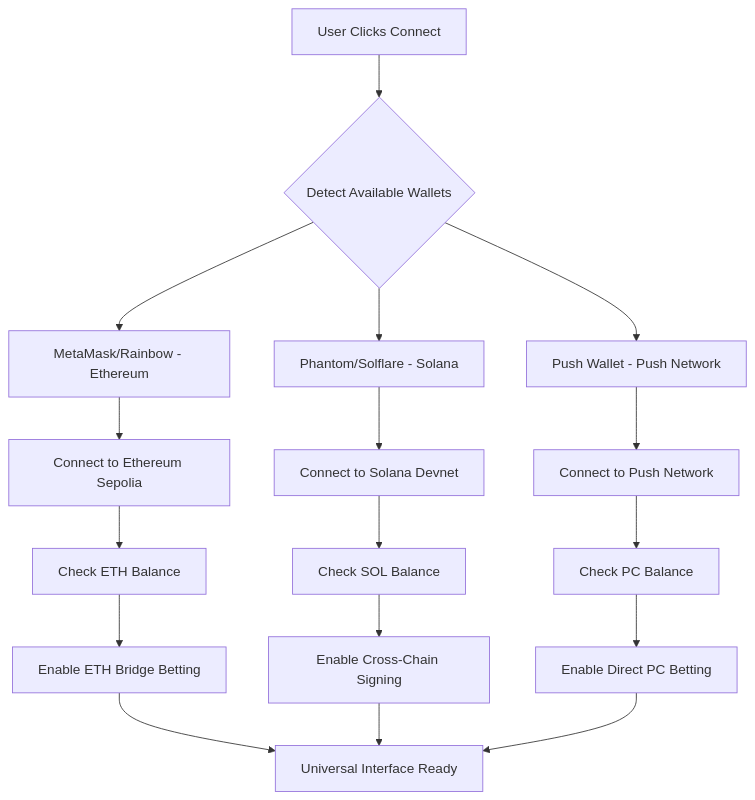
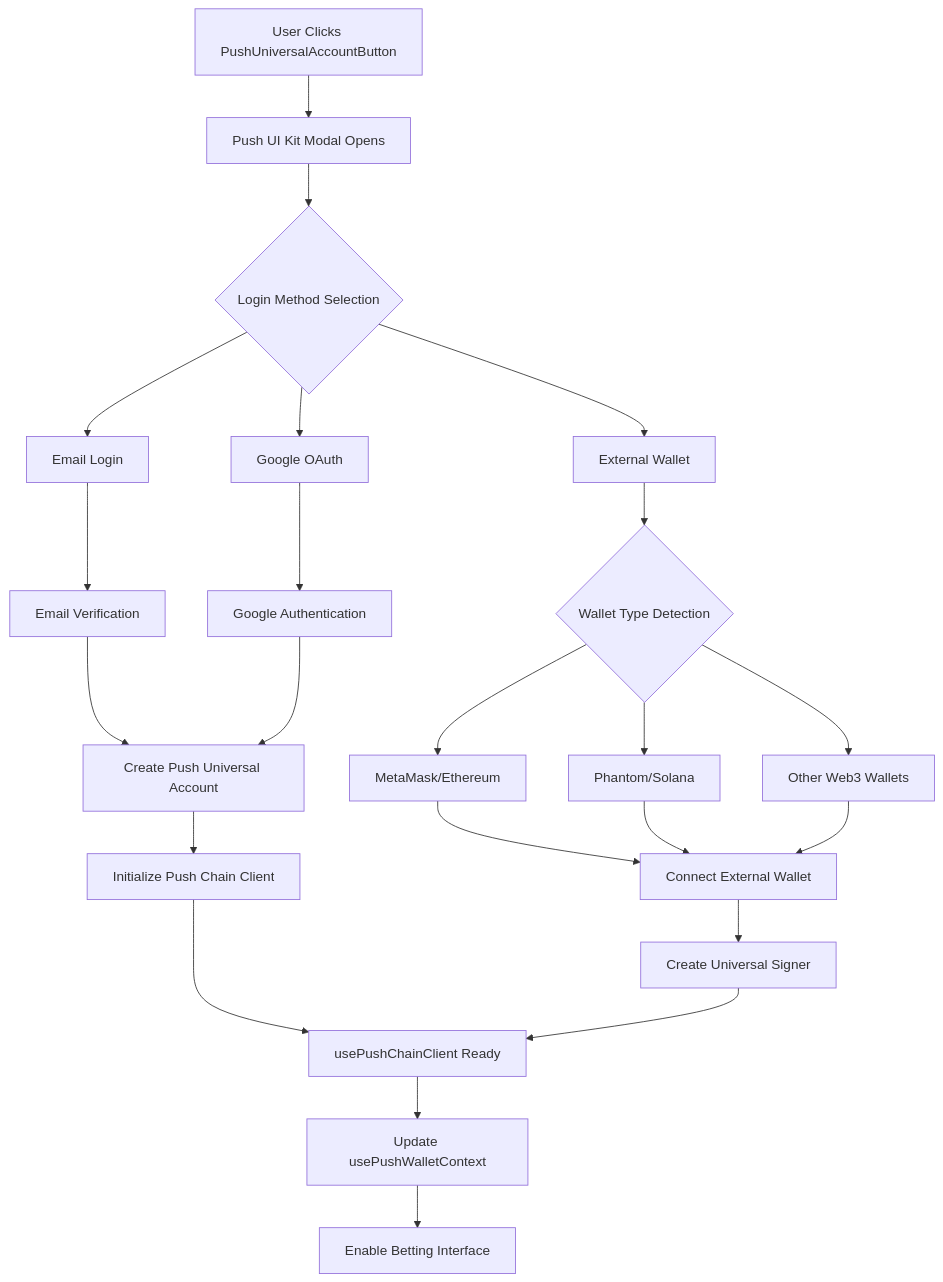
Before and after one commit to enliven17/push-predict: the fifth of 13 diagrams in diagrams.md, drawn with Mermaid. The commit also changed other lines of this file and 1 other file, not shown here.

Commit message:
diagrams update

````diff
--- a/diagrams.md
+++ b/diagrams.md
@@ -171,24 +180,33 @@
 ```mermaid
 flowchart TD
-    A[User Clicks Connect] --> B{Detect Available Wallets}
+    A[User Clicks PushUniversalAccountButton] --> B[Push UI Kit Modal Opens]
     
-    B --> C[MetaMask/Rainbow - Ethereum]
-    B --> D[Phantom/Solflare - Solana]
-    B --> E[Push Wallet - Push Network]
+    B --> C{Login Method Selection}
     
-    C --> F[Connect to Ethereum Sepolia]
-    D --> G[Connect to Solana Devnet]
-    E --> H[Connect to Push Network]
+    C --> D[Email Login]
+    C --> E[Google OAuth]
+    C --> F[External Wallet]
     
-    F --> I[Check ETH Balance]
-    G --> J[Check SOL Balance]
-    H --> K[Check PC Balance]
+    D --> G[Email Verification]
+    E --> H[Google Authentication]
+    F --> I{Wallet Type Detection}
     
-    I --> L[Enable ETH Bridge Betting]
-    J --> M[Enable Cross-Chain Signing]
-    K --> N[Enable Direct PC Betting]
+    I --> J[MetaMask/Ethereum]
+    I --> K[Phantom/Solana]
+    I --> L[Other Web3 Wallets]
     
-    L --> O[Universal Interface Ready]
-    M --> O
-    N --> O
+    G --> M[Create Push Universal Account]
+    H --> M
+    J --> N[Connect External Wallet]
+    K --> N
+    L --> N
+    
+    M --> O[Initialize Push Chain Client]
+    N --> P[Create Universal Signer]
+    
+    O --> Q[usePushChainClient Ready]
+    P --> Q
+    
+    Q --> R[Update usePushWalletContext]
+    R --> S[Enable Betting Interface]
 ```
````
